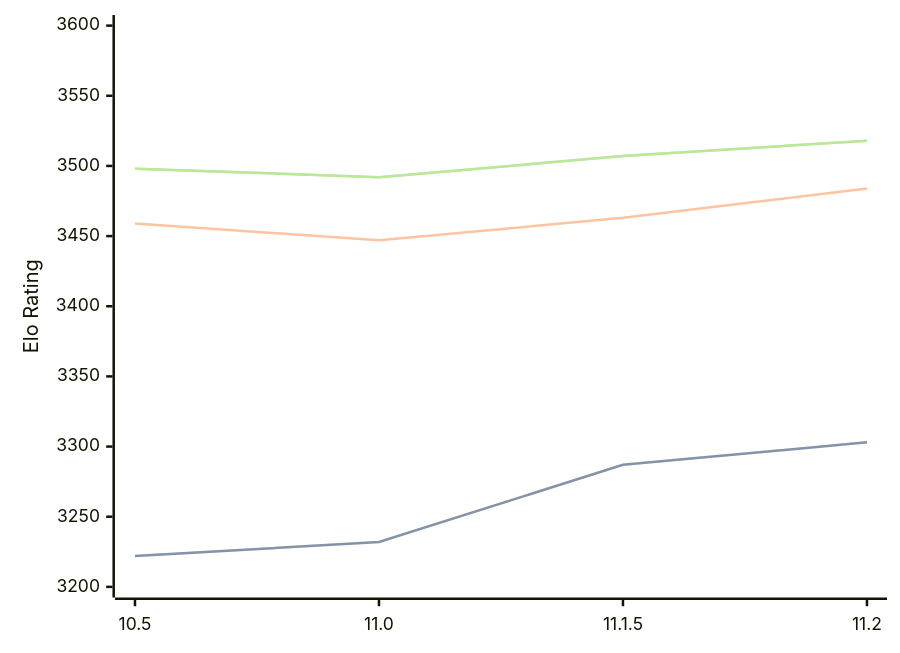
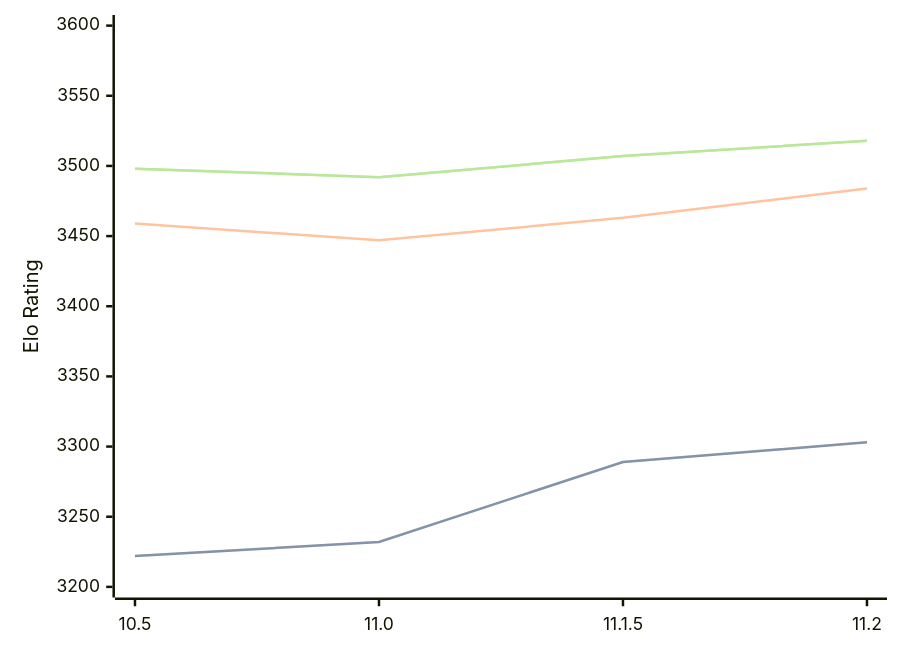
The diagram in engines/Lizard.md (computer-chess-index/cci), drawn with Mermaid before and after one commit. The commit also changed other lines of this file, not shown here.

````diff
--- a/engines/Lizard.md
+++ b/engines/Lizard.md
@@ -34,11 +34,11 @@
 ```mermaid
 %%{init: {"theme":"base","themeVariables":{"seriesColors:['#a3a3a3','#222221','#faa371']}}}%%
 xychart-beta
   x-axis ["10.5", "11.0", "11.1.5", "11.2"]
   y-axis "Elo Rating" 3200 --> 3600
-  line "" [3222, 3232, 3287, 3303]
-  line "STC (8.0+0.08s)" [3222, 3232, 3287, 3303]
+  line "" [3222, 3232, 3289, 3303]
+  line "STC (8.0+0.08s)" [3222, 3232, 3289, 3303]
   line "LTC (60.0+0.60s)" [3459, 3447, 3463, 3484]
   line "" [3498, 3492, 3507, 3518]
   line "VLTC (2m24s+1.12s)" [3498, 3492, 3507, 3518]
 ```
````
